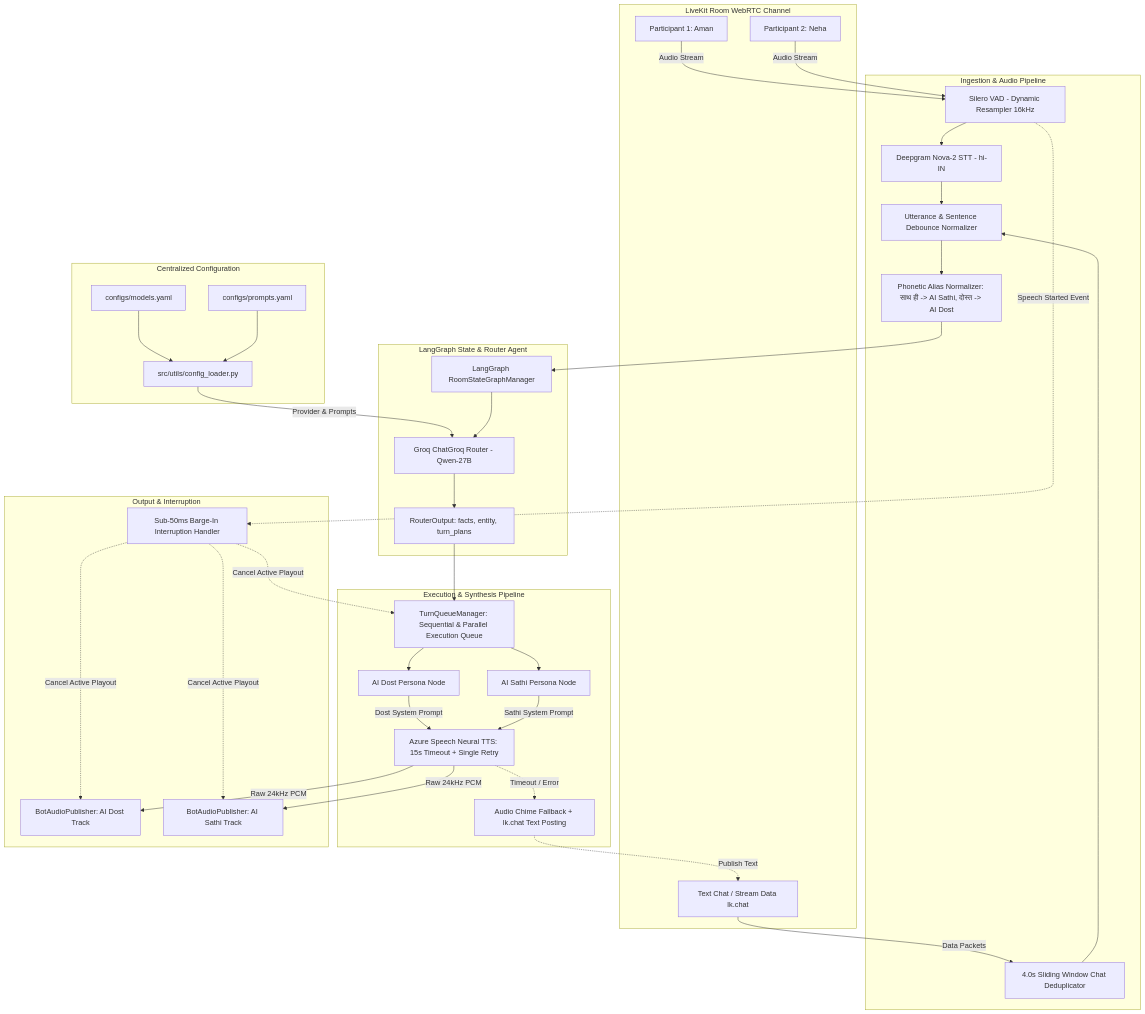
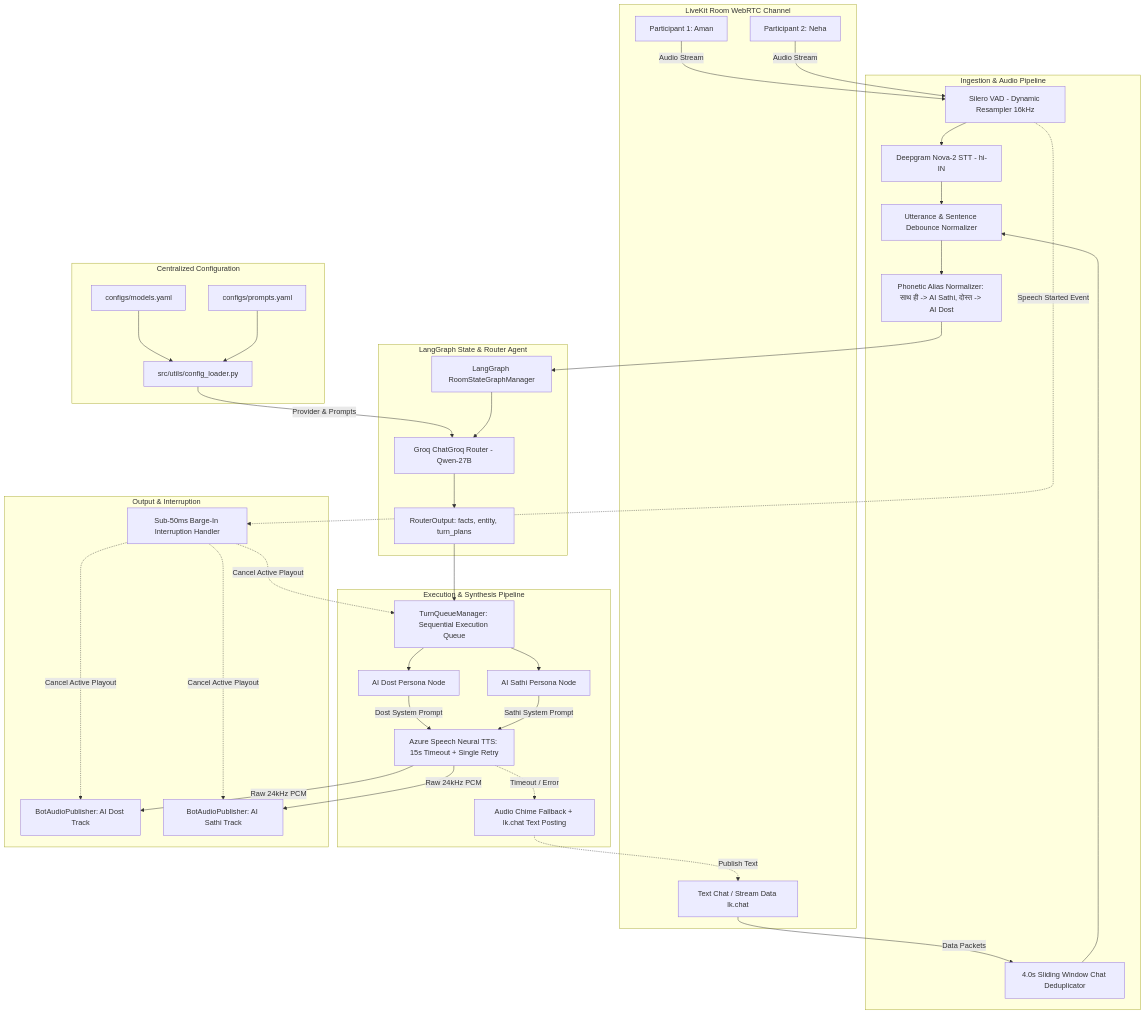
One commit to balanivansh/AI-voice-room-assistant changed the first of 2 diagrams in README.md. Above: the diagram before and after it, drawn with Mermaid. The commit also changed other lines of this file and 8 other files, not shown here.

````diff
--- a/README.md
+++ b/README.md
@@ -20,57 +22,57 @@
 ```mermaid
 flowchart TD
     subgraph LiveKit Room WebRTC Channel
         U1[Participant 1: Aman]
         U2[Participant 2: Neha]
         TC[Text Chat / Stream Data lk.chat]
     end
 
     subgraph Ingestion & Audio Pipeline
         VAD[Silero VAD - Dynamic Resampler 16kHz]
         STT[Deepgram Nova-2 STT - hi-IN]
         UTT[Utterance & Sentence Debounce Normalizer]
         ALIAS[Phonetic Alias Normalizer: साथ ही -> AI Sathi, दोस्त -> AI Dost]
         DEDUP[4.0s Sliding Window Chat Deduplicator]
     end
 
     subgraph Centralized Configuration
         CFG_M[configs/models.yaml]
         CFG_P[configs/prompts.yaml]
         CLOADER[src/utils/config_loader.py]
     end
 
     subgraph LangGraph State & Router Agent
         GRAPH[LangGraph RoomStateGraphManager]
         ROUTER[Groq ChatGroq Router - Qwen-27B]
         OUT[RouterOutput: facts, entity, turn_plans]
     end
 
     subgraph Execution & Synthesis Pipeline
-        QUEUE[TurnQueueManager: Sequential & Parallel Execution Queue]
+        QUEUE[TurnQueueManager: Sequential Execution Queue]
         DOST_NODE[AI Dost Persona Node]
         SATHI_NODE[AI Sathi Persona Node]
         AZURE[Azure Speech Neural TTS: 15s Timeout + Single Retry]
         CUE[Audio Chime Fallback + lk.chat Text Posting]
     end
 
     subgraph Output & Interruption
         PUB1[BotAudioPublisher: AI Dost Track]
         PUB2[BotAudioPublisher: AI Sathi Track]
         BARGE[Sub-50ms Barge-In Interruption Handler]
     end
 
     U1 & U2 -->|Audio Stream| VAD
     TC -->|Data Packets| DEDUP
     VAD --> STT --> UTT
     DEDUP --> UTT
     UTT --> ALIAS --> GRAPH
     CLOADER -->|Provider & Prompts| ROUTER
     CFG_M & CFG_P --> CLOADER
     GRAPH --> ROUTER --> OUT --> QUEUE
     QUEUE --> DOST_NODE & SATHI_NODE
     DOST_NODE -->|Dost System Prompt| AZURE
     SATHI_NODE -->|Sathi System Prompt| AZURE
     AZURE -->|Raw 24kHz PCM| PUB1 & PUB2
     AZURE -.->|Timeout / Error| CUE -.->|Publish Text| TC
     VAD -.->|Speech Started Event| BARGE -.->|Cancel Active Playout| QUEUE & PUB1 & PUB2
 ```
````
